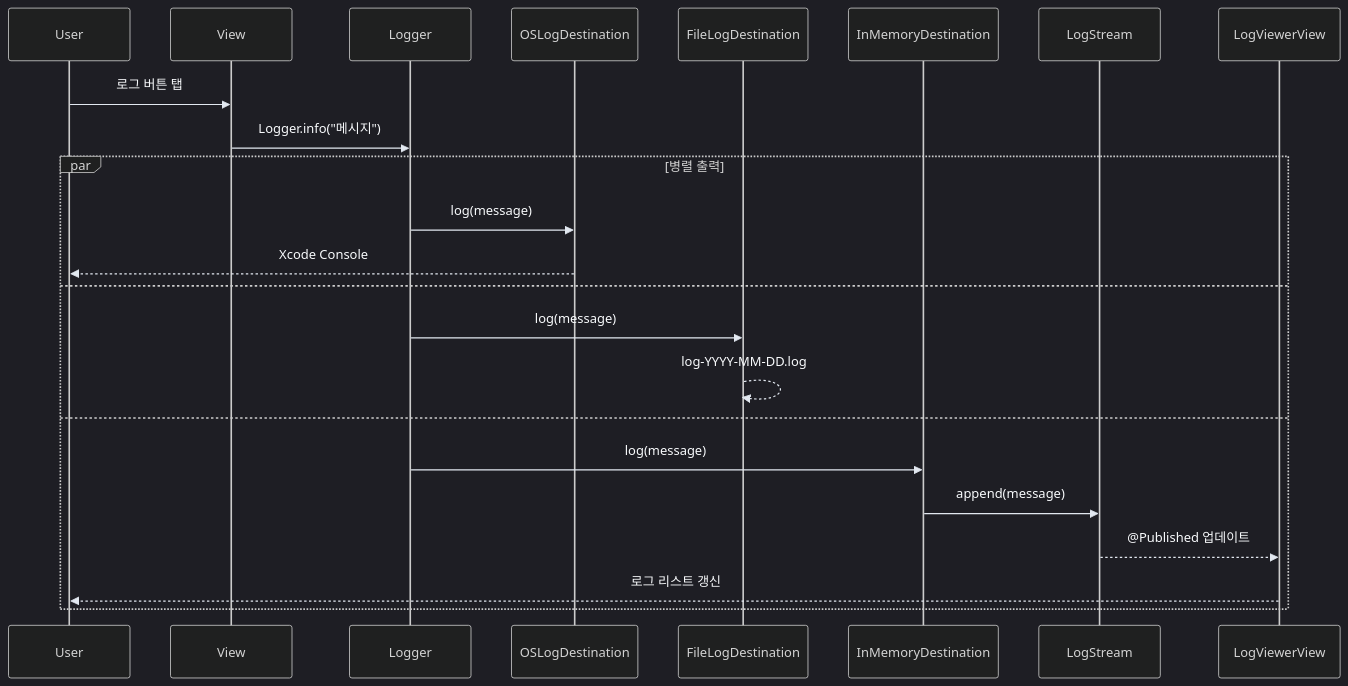
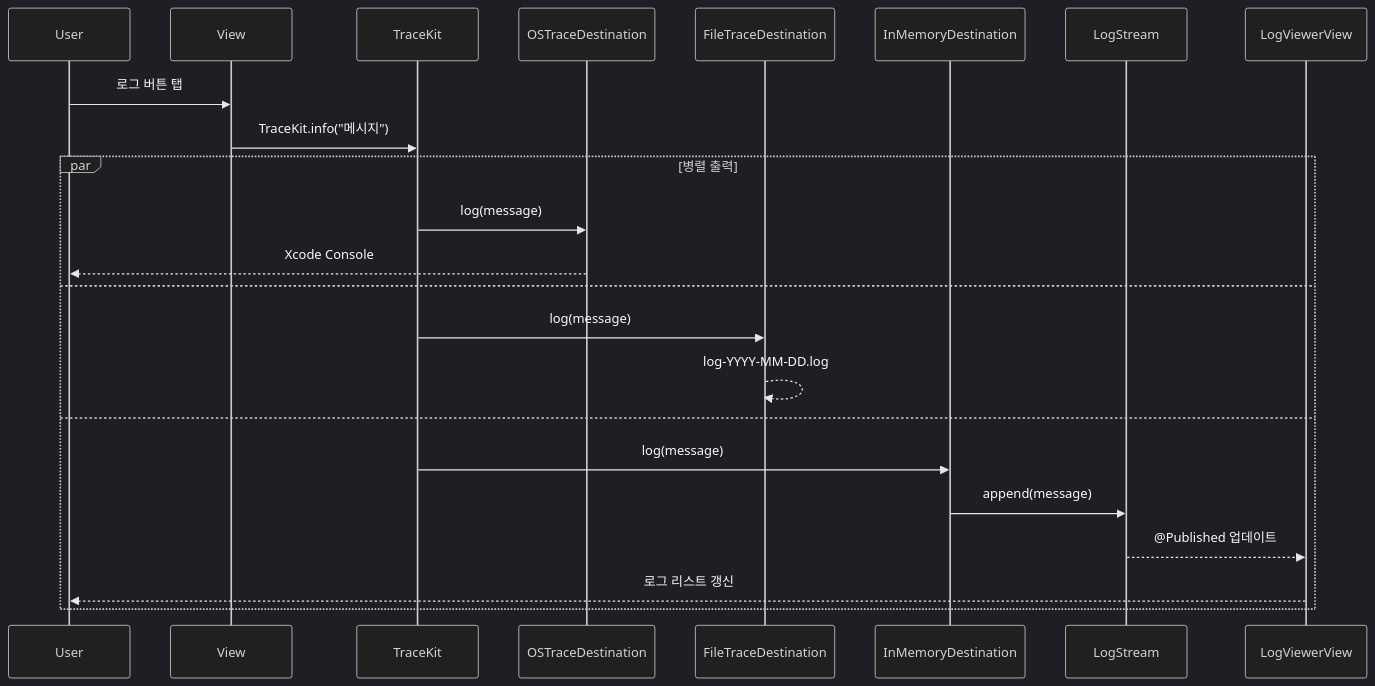
Before and after one commit to Jimmy-Jung/TraceKit: the diagram in Documents/07-데모-앱.md, drawn with Mermaid. The commit also changed other lines of this file and 9 other files, not shown here.

First line of the commit message:
docs: [문서] TraceKit 프로젝트 문서 업데이트

````diff
--- a/Documents/07-데모-앱.md
+++ b/Documents/07-데모-앱.md
@@ -328,27 +328,27 @@
 ```mermaid
 %%{init: {'theme': 'dark', 'themeVariables': {'signalColor': '#e2e8f0', 'signalTextColor': '#f8fafc'}}}%%
 sequenceDiagram
     participant User
     participant View
-    participant Logger
-    participant OSLog as OSLogDestination
-    participant File as FileLogDestination
+    participant TraceKit
+    participant OSLog as OSTraceDestination
+    participant File as FileTraceDestination
     participant InMemory as InMemoryDestination
     participant LogStream
     participant Viewer as LogViewerView
 
     User->>View: 로그 버튼 탭
-    View->>Logger: Logger.info("메시지")
+    View->>TraceKit: TraceKit.info("메시지")
     par 병렬 출력
-        Logger->>OSLog: log(message)
+        TraceKit->>OSLog: log(message)
         OSLog-->>User: Xcode Console
     and
-        Logger->>File: log(message)
+        TraceKit->>File: log(message)
         File-->>File: log-YYYY-MM-DD.log
     and
-        Logger->>InMemory: log(message)
+        TraceKit->>InMemory: log(message)
         InMemory->>LogStream: append(message)
         LogStream-->>Viewer: @Published 업데이트
         Viewer-->>User: 로그 리스트 갱신
     end
 ```
````
